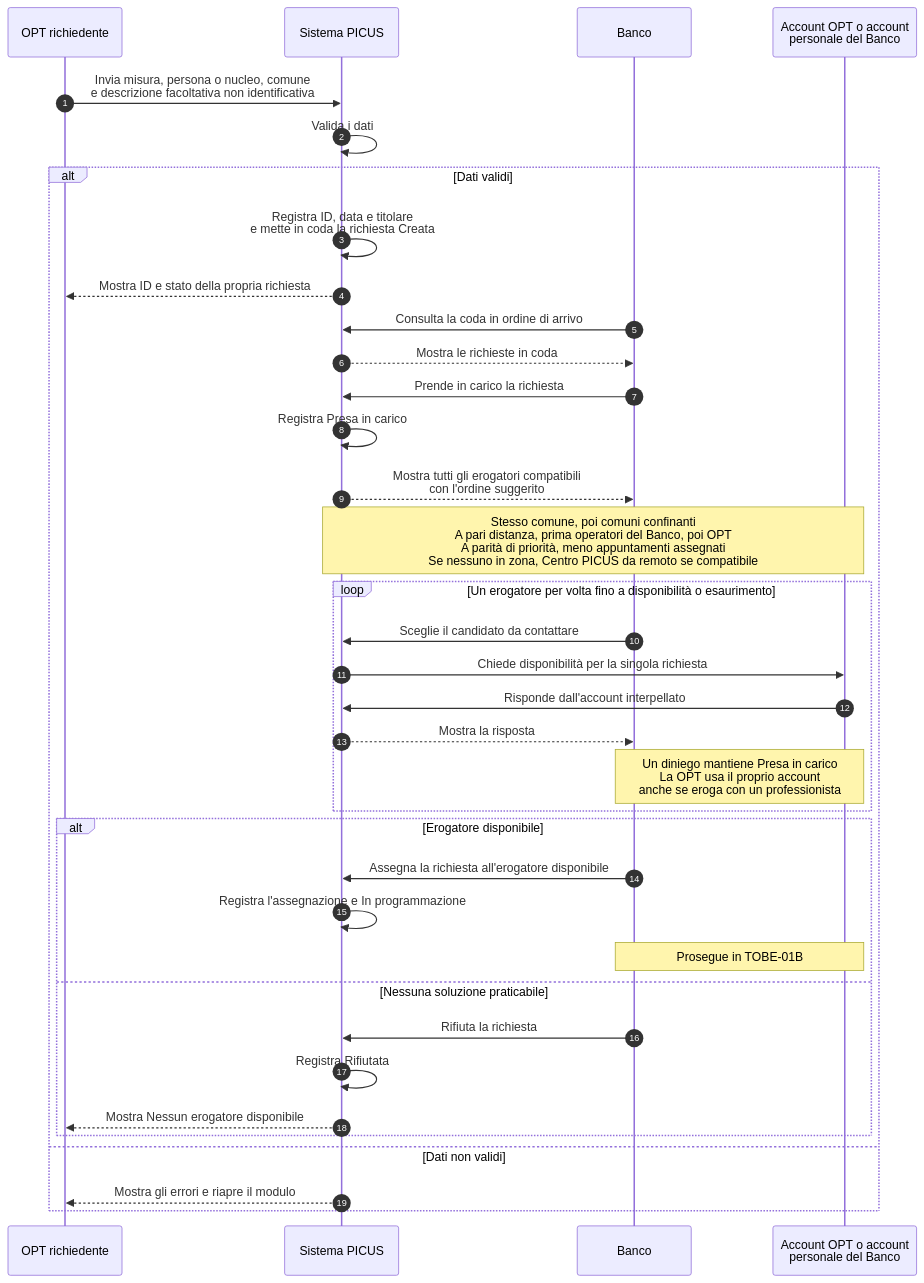
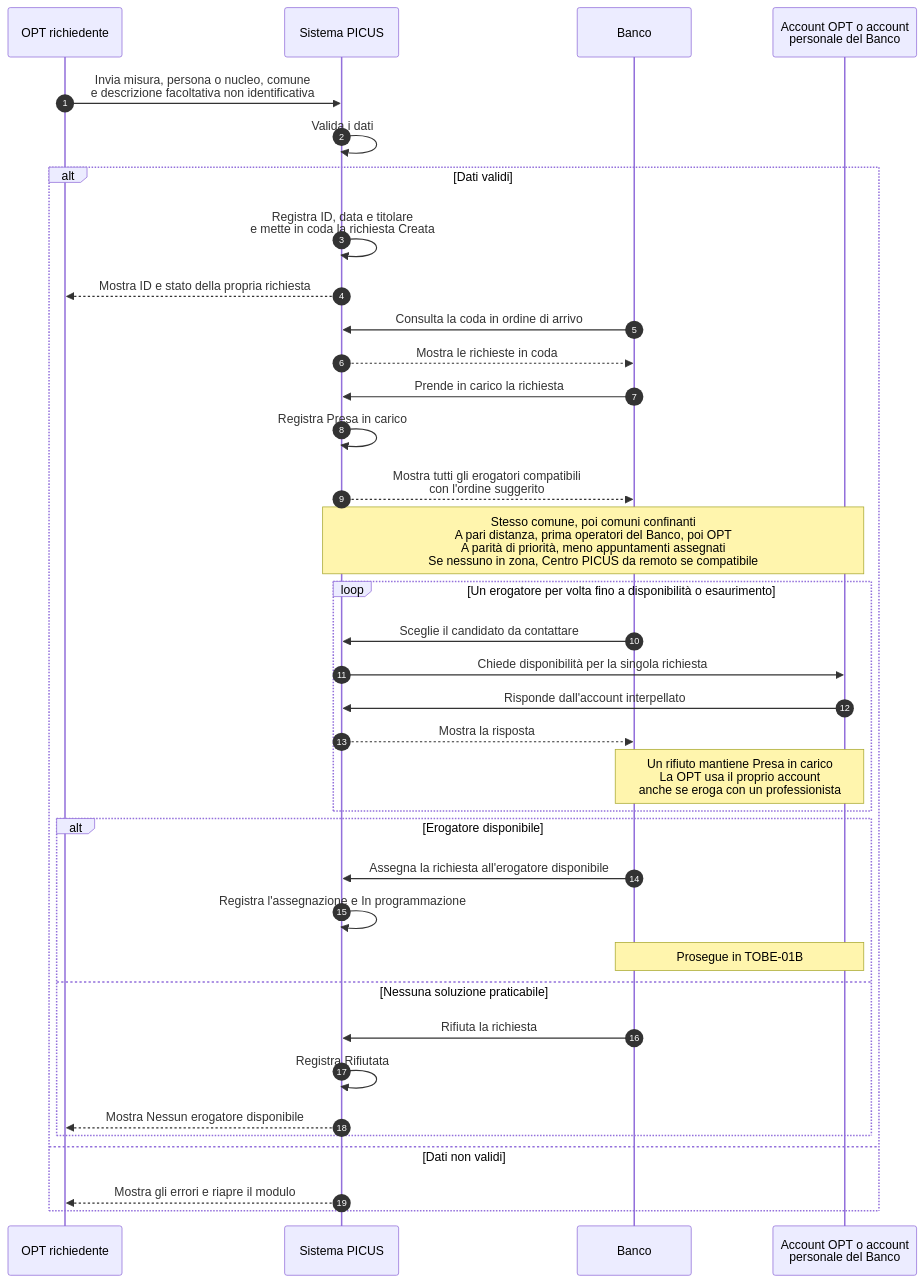
One commit to Pinguini-alla-Fragola/Progetto-SAD changed the diagram in docs/requirements/diagrams/to-be/TOBE-01A-richieste-disponibilita.mmd. Above: the diagram before and after it, drawn with Mermaid. The commit also changed 5 other files, not shown here.

```diff
--- a/docs/requirements/diagrams/to-be/TOBE-01A-richieste-disponibilita.mmd
+++ b/docs/requirements/diagrams/to-be/TOBE-01A-richieste-disponibilita.mmd
@@ -1,39 +1,39 @@
 %% TOBE-01A v0.7 - 14/11/2026
 %% Invio e ricerca. I soggetti coinvolti possono annullare secondo la regola in TOBE-01B.
 sequenceDiagram
     autonumber
     participant R as OPT richiedente
     participant S as Sistema PICUS
     participant B as Banco
     participant E as Account OPT o account<br/>personale del Banco
 
     R->>S: Invia misura, persona o nucleo, comune<br/>e descrizione facoltativa non identificativa
     S->>S: Valida i dati
     alt Dati validi
         S->>S: Registra ID, data e titolare<br/>e mette in coda la richiesta Creata
         S-->>R: Mostra ID e stato della propria richiesta
         B->>S: Consulta la coda in ordine di arrivo
         S-->>B: Mostra le richieste in coda
         B->>S: Prende in carico la richiesta
         S->>S: Registra Presa in carico
         S-->>B: Mostra tutti gli erogatori compatibili<br/>con l'ordine suggerito
         Note over S,E: Stesso comune, poi comuni confinanti<br/>A pari distanza, prima operatori del Banco, poi OPT<br/>A parità di priorità, meno appuntamenti assegnati<br/>Se nessuno in zona, Centro PICUS da remoto se compatibile
         loop Un erogatore per volta fino a disponibilità o esaurimento
             B->>S: Sceglie il candidato da contattare
             S->>E: Chiede disponibilità per la singola richiesta
             E->>S: Risponde dall'account interpellato
             S-->>B: Mostra la risposta
-            Note over B,E: Un diniego mantiene Presa in carico<br/>La OPT usa il proprio account<br/>anche se eroga con un professionista
+            Note over B,E: Un rifiuto mantiene Presa in carico<br/>La OPT usa il proprio account<br/>anche se eroga con un professionista
         end
         alt Erogatore disponibile
             B->>S: Assegna la richiesta all'erogatore disponibile
             S->>S: Registra l'assegnazione e In programmazione
             Note over B,E: Prosegue in TOBE-01B
         else Nessuna soluzione praticabile
             B->>S: Rifiuta la richiesta
             S->>S: Registra Rifiutata
             S-->>R: Mostra Nessun erogatore disponibile
         end
     else Dati non validi
         S-->>R: Mostra gli errori e riapre il modulo
     end
```
